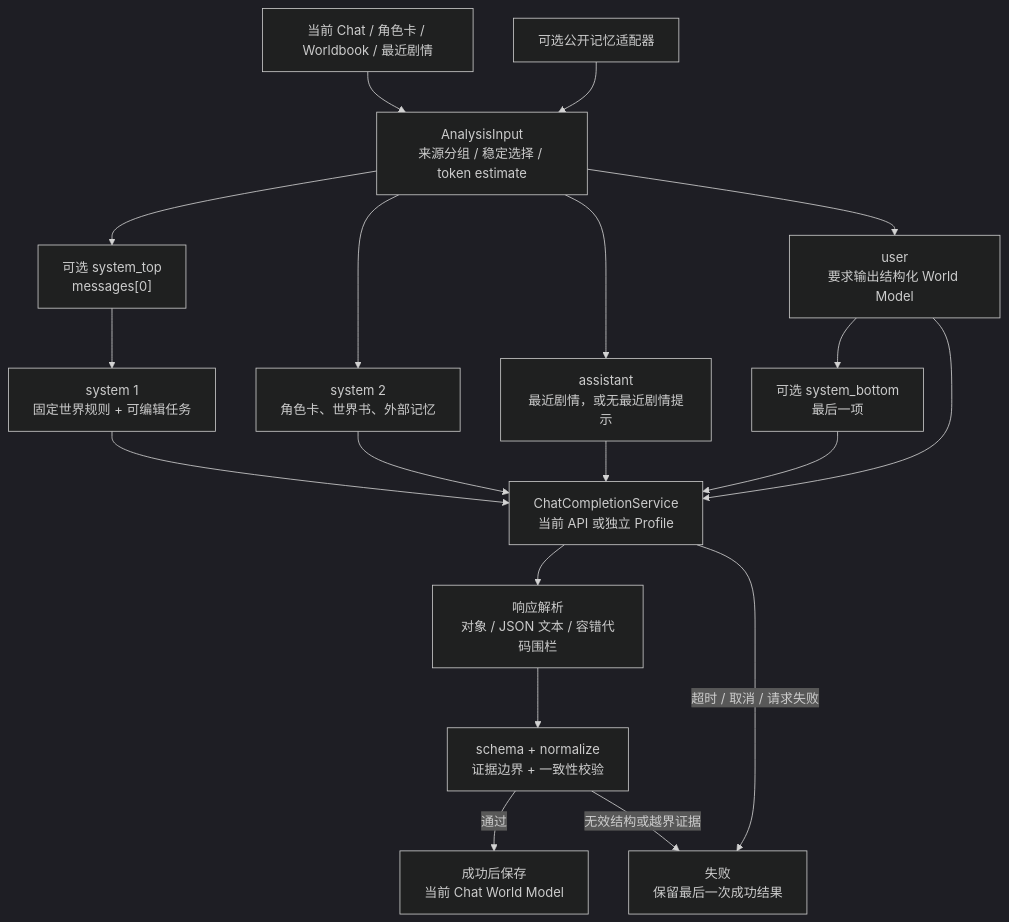
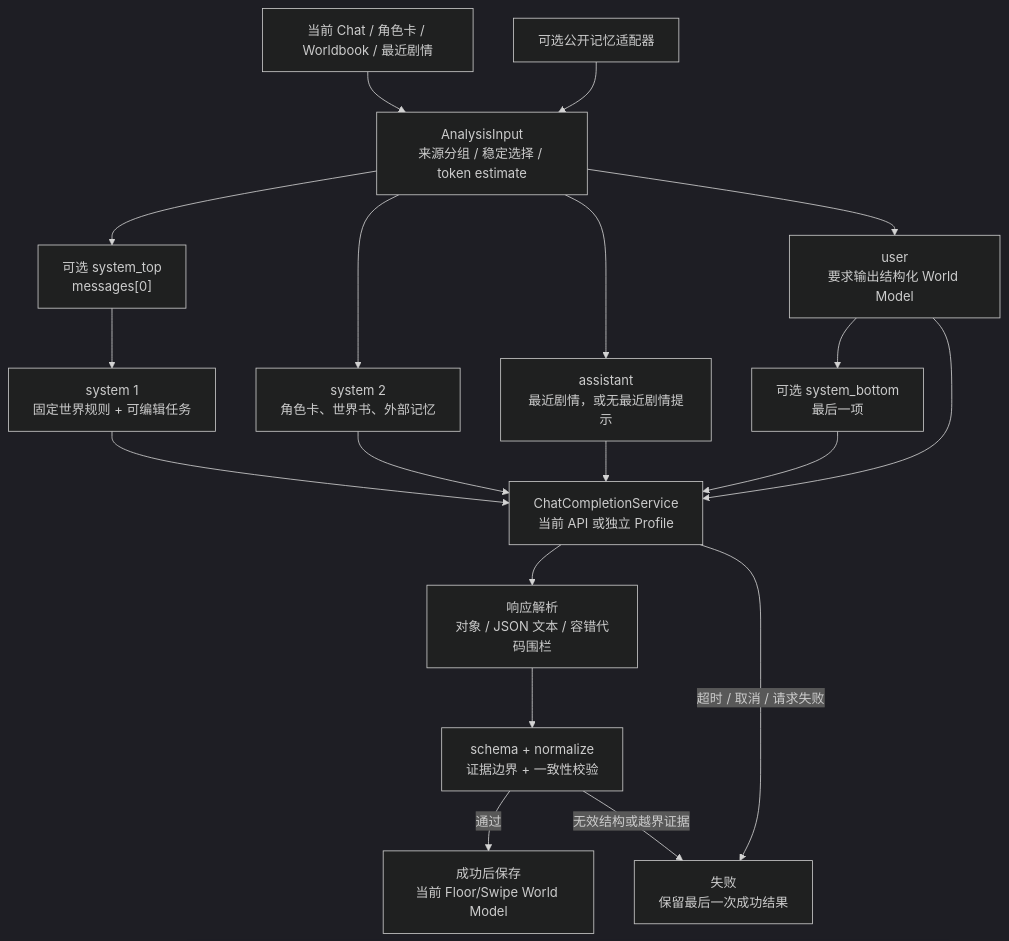
Before and after one commit to tianwuziyan/ST-BioWeave: the second of 2 diagrams in README.md, drawn with Mermaid (dark theme). The commit also changed other lines of this file and 25 other files, not shown here.

First line of the commit message:
将 World Model 迁移到 Floor 并完善分析边界

````diff
--- a/README.md
+++ b/README.md
@@ -305,36 +305,36 @@
 ```mermaid
 flowchart TD
     Sources["当前 Chat / 角色卡 / Worldbook / 最近剧情"]
     Memory["可选公开记忆适配器"]
     Input["AnalysisInput<br/>来源分组 / 稳定选择 / token estimate"]
     Top["可选 system_top<br/>messages[0]"]
     M1["system 1<br/>固定世界规则 + 可编辑任务"]
     M2["system 2<br/>角色卡、世界书、外部记忆"]
     M3["assistant<br/>最近剧情，或无最近剧情提示"]
     M4["user<br/>要求输出结构化 World Model"]
     Bottom["可选 system_bottom<br/>最后一项"]
     Client["ChatCompletionService<br/>当前 API 或独立 Profile"]
     Parse["响应解析<br/>对象 / JSON 文本 / 容错代码围栏"]
     Guard["schema + normalize<br/>证据边界 + 一致性校验"]
-    Save["成功后保存<br/>当前 Chat World Model"]
+    Save["成功后保存<br/>当前 Floor/Swipe World Model"]
     Keep["失败<br/>保留最后一次成功结果"]
 
     Sources --> Input
     Memory --> Input
     Input --> Top
     Top --> M1
     Input --> M2
     Input --> M3
     Input --> M4
     M4 --> Bottom
     M1 --> Client
     M2 --> Client
     M3 --> Client
     M4 --> Client
     Bottom --> Client
     Client --> Parse
     Parse --> Guard
     Guard -->|通过| Save
     Client -->|超时 / 取消 / 请求失败| Keep
     Guard -->|无效结构或越界证据| Keep
 ```
````
